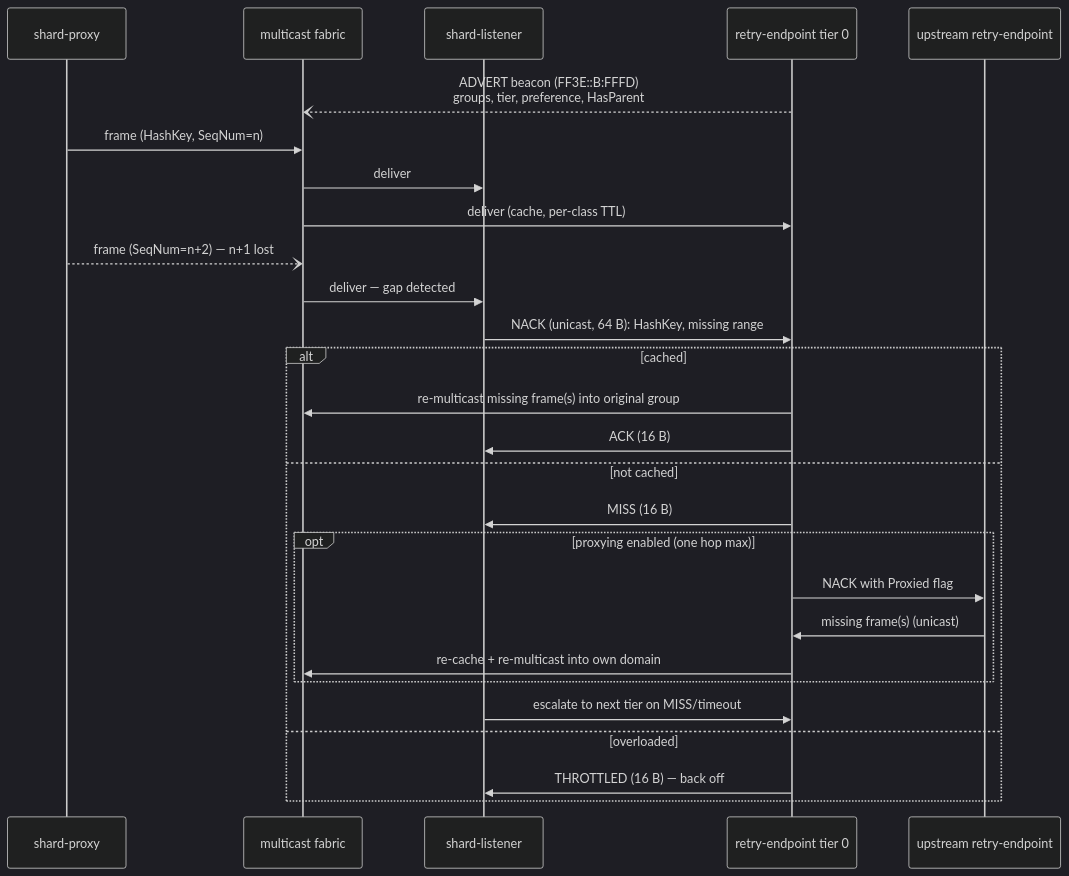
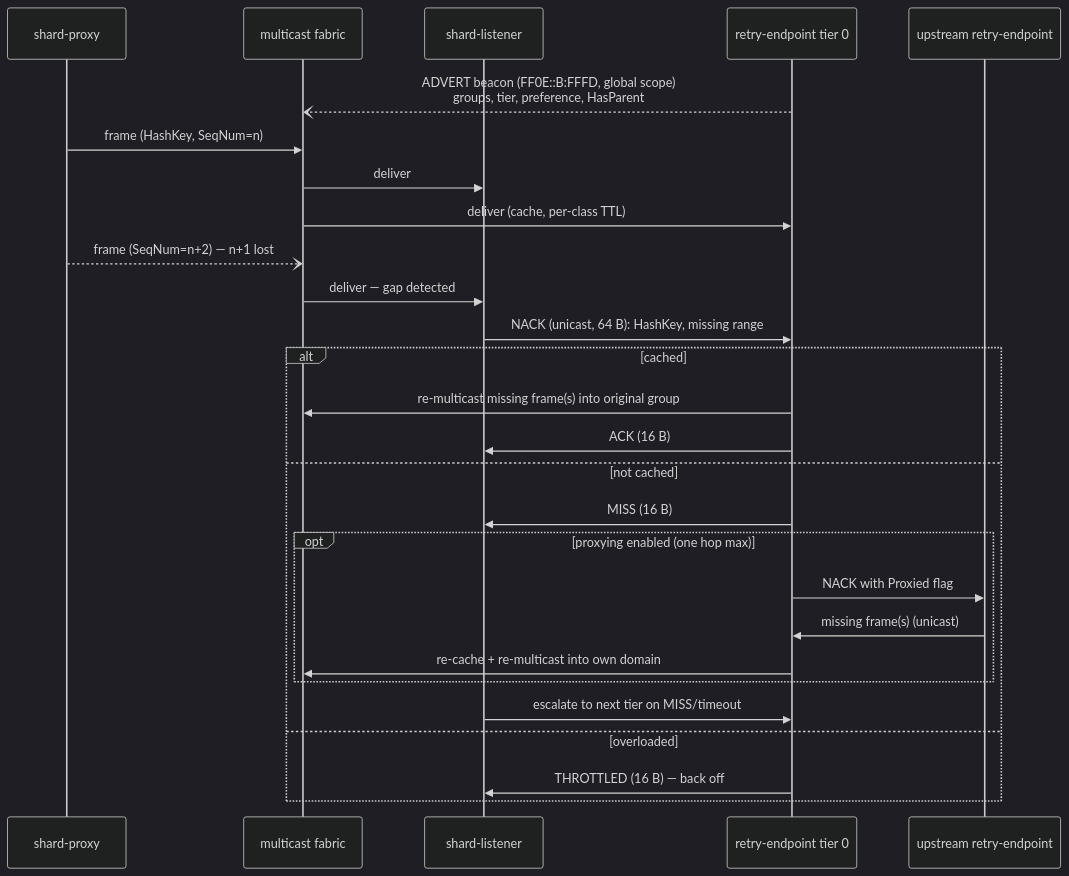
The third of 3 diagrams in diagrams/README.md (lightwebinc/bsv-multicast), drawn with Mermaid (dark theme) before and after one commit. The commit also changed other lines of this file and 14 other files, not shown here.

````diff
--- a/diagrams/README.md
+++ b/diagrams/README.md
@@ -108,30 +114,30 @@
 ```mermaid
 sequenceDiagram
     participant P as shard-proxy
     participant F as multicast fabric
     participant L as shard-listener
     participant R as retry-endpoint tier 0
     participant U as upstream retry-endpoint
 
-    R--)F: ADVERT beacon (FF3E::B:FFFD)<br/>groups, tier, preference, HasParent
+    R--)F: ADVERT beacon (FF0E::B:FFFD, global scope)<br/>groups, tier, preference, HasParent
     P->>F: frame (HashKey, SeqNum=n)
     F->>L: deliver
     F->>R: deliver (cache, per-class TTL)
     P--)F: frame (SeqNum=n+2) — n+1 lost
     F->>L: deliver — gap detected
     L->>R: NACK (unicast, 64 B): HashKey, missing range
     alt cached
         R->>F: re-multicast missing frame(s) into original group
         R->>L: ACK (16 B)
     else not cached
         R->>L: MISS (16 B)
         opt proxying enabled (one hop max)
         R->>U: NACK with Proxied flag
         U->>R: missing frame(s) (unicast)
         R->>F: re-cache + re-multicast into own domain
         end
         L->>R: escalate to next tier on MISS/timeout
     else overloaded
         R->>L: THROTTLED (16 B) — back off
     end
 ```
````
